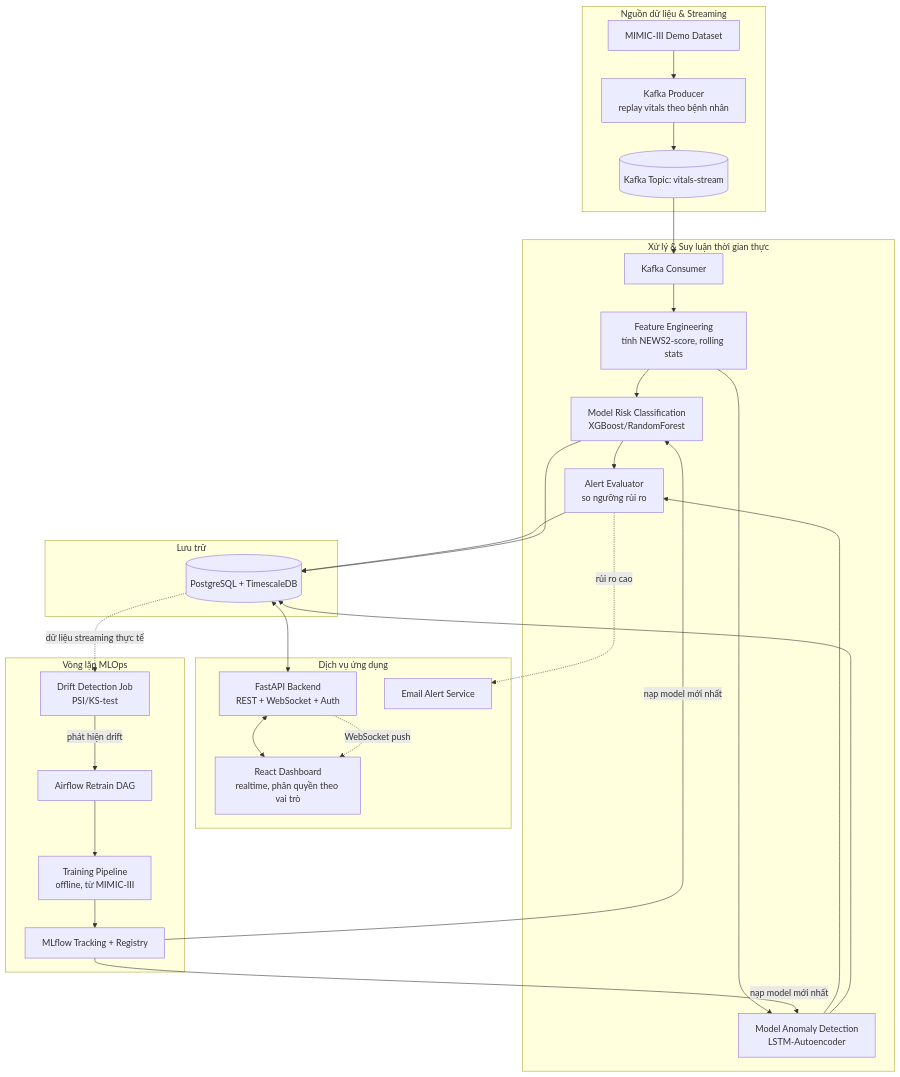
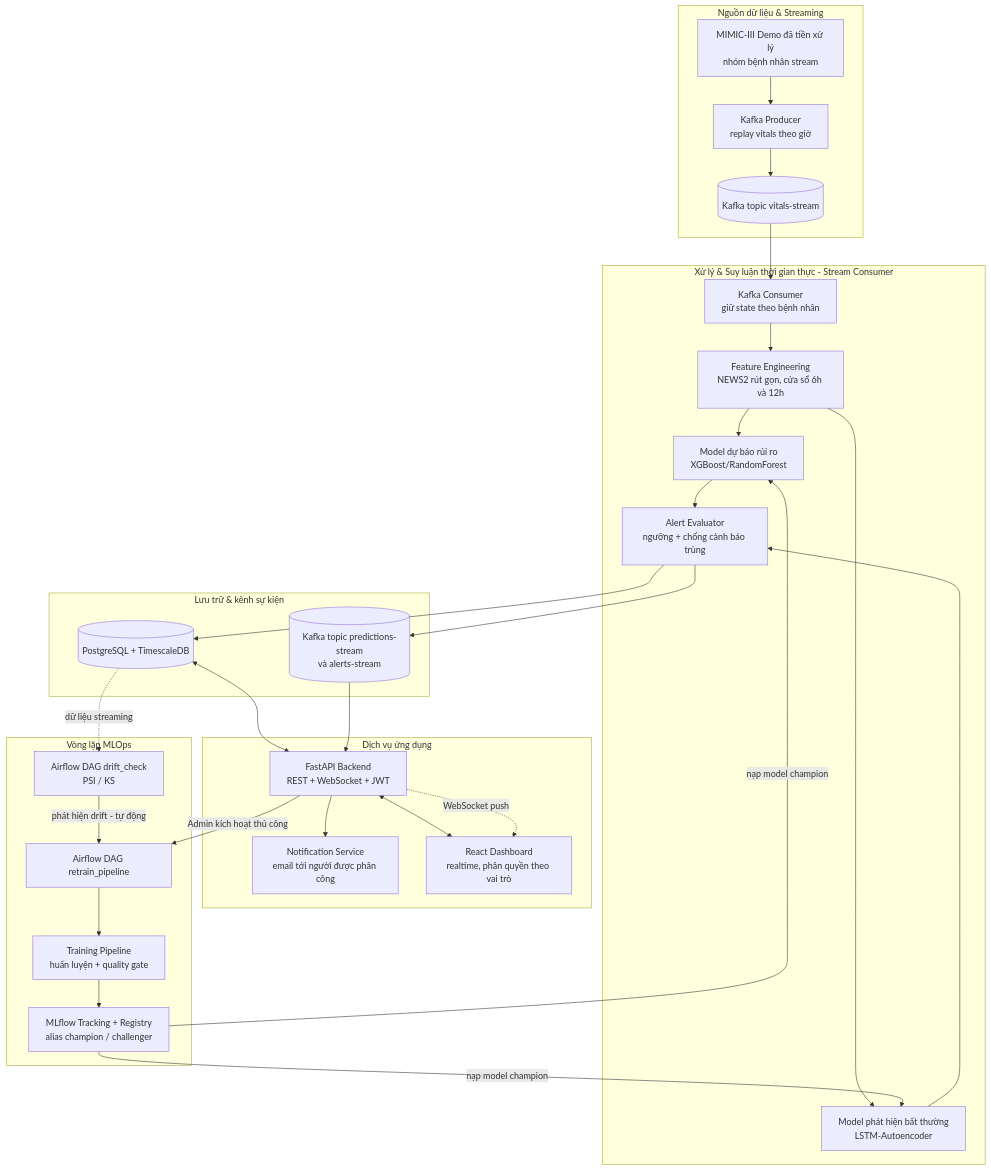
The diagram in docs/design/02_1_so_do_chuc_nang.md (MinhNguyen1007/Remote-patient-monitoring-system-using-Streaming-MLOps), drawn with Mermaid before and after one commit. The commit also changed other lines of this file and 21 other files, not shown here.

````diff
--- a/docs/design/02_1_so_do_chuc_nang.md
+++ b/docs/design/02_1_so_do_chuc_nang.md
@@ -5,51 +10,52 @@
 ```mermaid
 flowchart TB
     subgraph SRC["Nguồn dữ liệu & Streaming"]
-        A1[MIMIC-III Demo Dataset]
-        A2[Kafka Producer<br/>replay vitals theo bệnh nhân]
-        A3[(Kafka Topic: vitals-stream)]
+        A1[MIMIC-III Demo đã tiền xử lý<br/>nhóm bệnh nhân stream]
+        A2[Kafka Producer<br/>replay vitals theo giờ]
+        A3[(Kafka topic vitals-stream)]
         A1 --> A2 --> A3
     end
 
-    subgraph RT["Xử lý & Suy luận thời gian thực"]
-        B1[Kafka Consumer]
-        B2[Feature Engineering<br/>tính NEWS2-score, rolling stats]
-        B3[Model Risk Classification<br/>XGBoost/RandomForest]
-        B4[Model Anomaly Detection<br/>LSTM-Autoencoder]
-        B5[Alert Evaluator<br/>so ngưỡng rủi ro]
+    subgraph RT["Xử lý & Suy luận thời gian thực - Stream Consumer"]
+        B1[Kafka Consumer<br/>giữ state theo bệnh nhân]
+        B2[Feature Engineering<br/>NEWS2 rút gọn, cửa sổ 6h và 12h]
+        B3[Model dự báo rủi ro<br/>XGBoost/RandomForest]
+        B4[Model phát hiện bất thường<br/>LSTM-Autoencoder]
+        B5[Alert Evaluator<br/>ngưỡng + chống cảnh báo trùng]
         A3 --> B1 --> B2 --> B3
         B2 --> B4
         B3 --> B5
         B4 --> B5
     end
 
-    subgraph STORE["Lưu trữ"]
+    subgraph STORE["Lưu trữ & kênh sự kiện"]
         C1[(PostgreSQL + TimescaleDB)]
+        C2[(Kafka topic predictions-stream<br/>và alerts-stream)]
     end
     B5 --> C1
-    B3 --> C1
-    B4 --> C1
+    B5 --> C2
 
     subgraph APP["Dịch vụ ứng dụng"]
-        D1[FastAPI Backend<br/>REST + WebSocket + Auth]
-        D2[Email Alert Service]
+        D1[FastAPI Backend<br/>REST + WebSocket + JWT]
+        D2[Notification Service<br/>email tới người được phân công]
         D3[React Dashboard<br/>realtime, phân quyền theo vai trò]
         C1 <--> D1
-        B5 -. rủi ro cao .-> D2
+        C2 --> D1
+        D1 --> D2
         D1 <--> D3
         D1 -. WebSocket push .-> D3
     end
 
     subgraph MLOPS["Vòng lặp MLOps"]
-        E1[Training Pipeline<br/>offline, từ MIMIC-III]
-        E2[MLflow Tracking + Registry]
-        E3[Drift Detection Job<br/>PSI/KS-test]
-        E4[Airflow Retrain DAG]
-        E1 --> E2
-        C1 -. dữ liệu streaming thực tế .-> E3
-        E3 -->|phát hiện drift| E4
-        E4 --> E1
-        E2 -->|nạp model mới nhất| B3
-        E2 -->|nạp model mới nhất| B4
+        E1[Training Pipeline<br/>huấn luyện + quality gate]
+        E2[MLflow Tracking + Registry<br/>alias champion / challenger]
+        E3[Airflow DAG drift_check<br/>PSI / KS]
+        E4[Airflow DAG retrain_pipeline]
+        C1 -. dữ liệu streaming .-> E3
+        E3 -->|phát hiện drift - tự động| E4
+        D1 -->|Admin kích hoạt thủ công| E4
+        E4 --> E1 --> E2
+        E2 -->|nạp model champion| B3
+        E2 -->|nạp model champion| B4
     end
 ```
````
